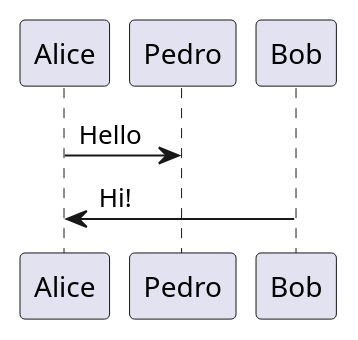
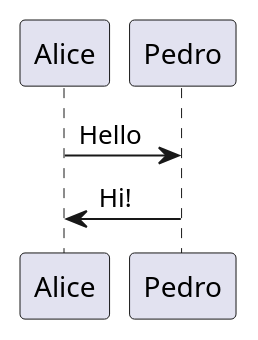
Before and after one commit to pcbl/iot-grid: the diagram in diagrams/overview.plantuml, drawn with PlantUML.

```diff
--- a/diagrams/overview.plantuml
+++ b/diagrams/overview.plantuml
@@ -1,6 +1,6 @@
 @startuml firstDiagram
 
 Alice -> Pedro: Hello
-Bob -> Alice: Hi!
+Pedro -> Alice: Hi!
 		
 @enduml
```
